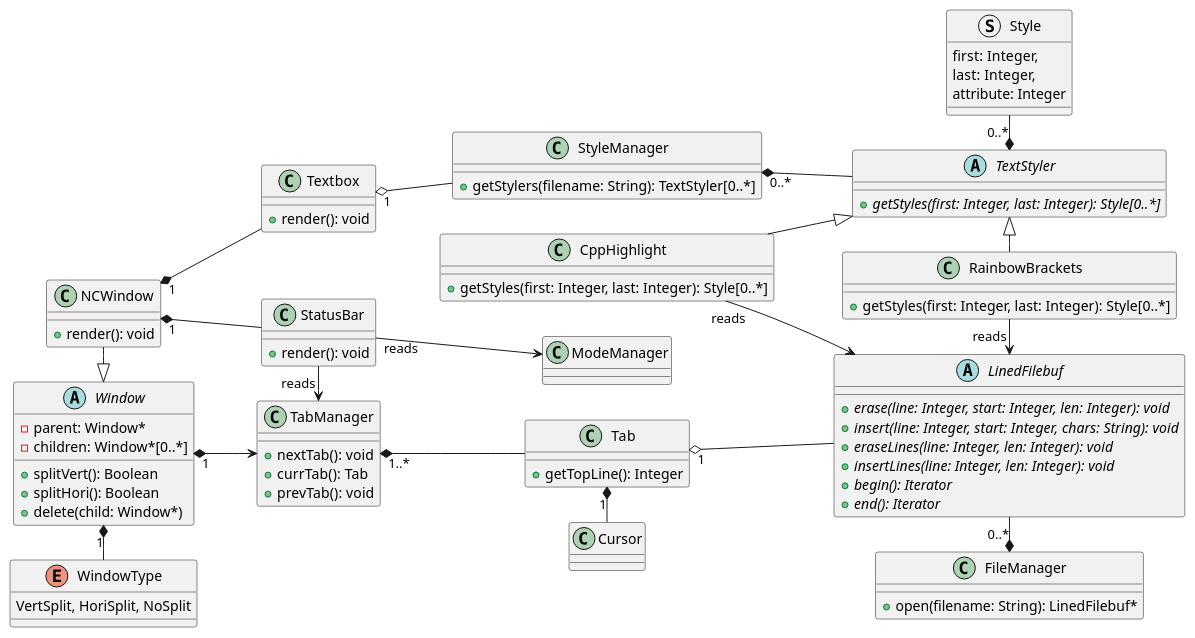
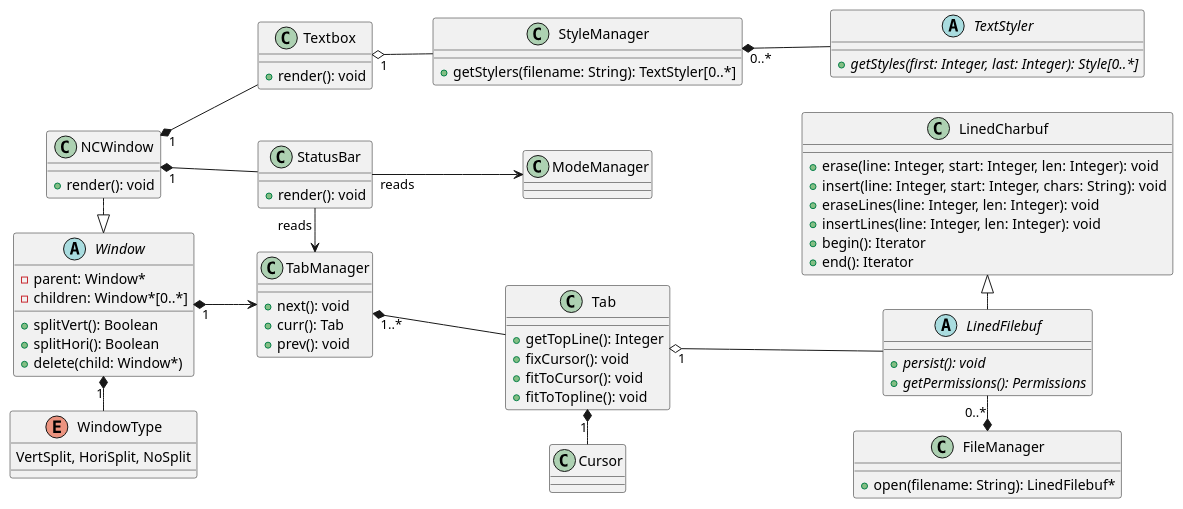
One commit to raywang999/VM changed the eighth of 9 diagrams in uml.md. Above: the diagram before and after it, drawn with PlantUML. The commit also changed other lines of this file and 33 other files, not shown here.

````diff
--- a/uml.md
+++ b/uml.md
@@ -160,77 +367,69 @@
 ```plantuml
 left to right direction
 abstract LinedFilebuf{}
 class TabManager {
-  +nextTab(): void
-  +currTab(): Tab
-  +prevTab(): void
+  +next(): void
+  +curr(): Tab
+  +prev(): void
 }
 Window "1" *--> TabManager
 abstract Window{
   -parent: Window*
   -children: Window*[0..*]
   +splitVert(): Boolean
   +splitHori(): Boolean
   +delete(child: Window*)
 }
 enum WindowType{
   VertSplit, HoriSplit, NoSplit
 }
 class Tab{
   +getTopLine(): Integer
+  +fixCursor(): void 
+  +fitToCursor(): void 
+  +fitToTopline(): void 
 }
 Tab "1" o-- LinedFilebuf
 Tab "1" *- Cursor
 TabManager "1..*" *-- Tab
 Window "1" *- WindowType
 class NCWindow{
   +render(): void
 }
 NCWindow -|> Window
 NCWindow "1" *-- Textbox
 Textbox "1" o-- StyleManager
 class Textbox{
   +render(): void
 }
 abstract TextStyler{
   {abstract}+getStyles(first: Integer, last: Integer): Style[0..*]
 }
 class StyleManager{
   +getStylers(filename: String): TextStyler[0..*]
 }
 StyleManager "0..*" *-- TextStyler
 NCWindow "1" *-- StatusBar
 class StatusBar{
   +render(): void
 }
-struct Style{
-  first: Integer, 
-  last: Integer, 
-  attribute: Integer
+class LinedCharbuf{
+  +erase(line: Integer, start: Integer, len: Integer): void
+  +insert(line: Integer, start: Integer, chars: String): void
+  +eraseLines(line: Integer, len: Integer): void
+  +insertLines(line: Integer, len: Integer): void
+  +begin(): Iterator
+  +end(): Iterator
 }
-class RainbowBrackets {
-  +getStyles(first: Integer, last: Integer): Style[0..*]
-}
-class CppHighlight {
-  +getStyles(first: Integer, last: Integer): Style[0..*]
-}
-CppHighlight --|> TextStyler 
-RainbowBrackets "reads" -> LinedFilebuf
-CppHighlight "reads" -> LinedFilebuf
-TextStyler <|- RainbowBrackets 
-Style "0..*"-* TextStyler 
+LinedCharbuf <|- LinedFilebuf
 abstract class LinedFilebuf{
-  {abstract}+erase(line: Integer, start: Integer, len: Integer): void
-  {abstract}+insert(line: Integer, start: Integer, chars: String): void
-  {abstract}+eraseLines(line: Integer, len: Integer): void
-  {abstract}+insertLines(line: Integer, len: Integer): void
-  {abstract}+begin(): Iterator
-  {abstract}+end(): Iterator
+  +{abstract} persist(): void
+  +{abstract} getPermissions(): Permissions
 }
 StatusBar "reads" --> ModeManager
 StatusBar "reads" -> TabManager
 class FileManager{
   +open(filename: String): LinedFilebuf* 
 }
 LinedFilebuf "0..*" -* FileManager 
 ```
````
